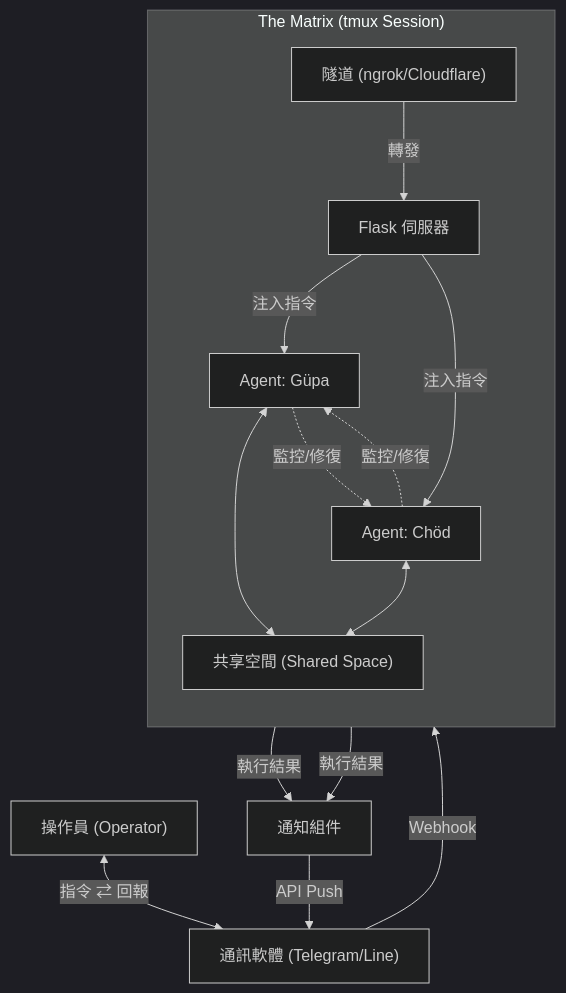
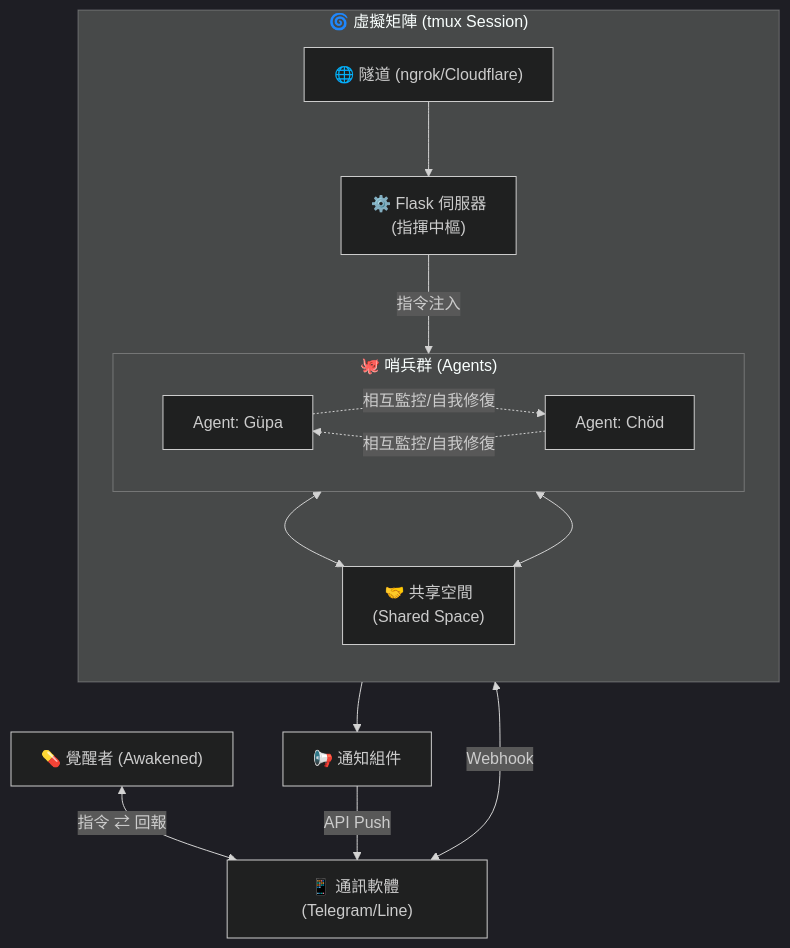
One commit to meso4444/chat-agent-matrix changed the diagram in zh-version/README.md. Above: the diagram before and after it, drawn with Mermaid (dark theme).

Commit message:
refactor: Update System Architecture with Sentinel Network design
- Changed "操作員" to "💊 覺醒者"
- Renamed "哨兵群" with "🐙" octopus emoji
- Added emoji annotations for visual clarity
- Simplified flow: Matrix → Notifier
- Enhanced monitoring/self-healing labels
- Unified design across all versions

````diff
--- a/zh-version/README.md
+++ b/zh-version/README.md
@@ -65,24 +65,36 @@
 ```mermaid
 flowchart TD
-    User["操作員 (Operator)"] <-->|"指令 ⇄ 回報"| Messenger["通訊軟體 (Telegram/Line)"]
-    
-    subgraph "The Matrix (tmux Session)"
+    User["💊 覺醒者 (Awakened)"]
+    Messenger["📱 通訊軟體 (Telegram/Line)"]
+
+    subgraph Matrix["🌀 虛擬矩陣 (tmux Session)"]
         direction TB
-        Tunnel["隧道 (ngrok/Cloudflare)"] -->|"轉發"| Server["Flask 伺服器"]
-        
-        Server -->|"注入指令"| AgentA["Agent: Güpa"]
-        Server -->|"注入指令"| AgentB["Agent: Chöd"]
-        
-        Shared["共享空間 (Shared Space)"]
+
+        Tunnel["🌐 隧道 (ngrok/Cloudflare)"]
+        Server["⚙️ Flask 伺服器<br/>(指揮中樞)"]
+
+        subgraph Sentinels["🐙 哨兵群 (Agents)"]
+            direction LR
+            AgentA["Agent: Güpa"]
+            AgentB["Agent: Chöd"]
+        end
+
+        Shared["🤝 共享空間<br/>(Shared Space)"]
+
         AgentA <--> Shared
         AgentB <--> Shared
-        
-        AgentA -.->|"監控/修復"| AgentB
-        AgentB -.->|"監控/修復"| AgentA
+
+        AgentA -.->|"相互監控/自我修復"| AgentB
+        AgentB -.->|"相互監控/自我修復"| AgentA
+
+        Tunnel --> Server
+        Server -->|"指令注入"| Sentinels
     end
-    
-    Messenger -->|"Webhook"| Tunnel
-    AgentA -->|"執行結果"| Notifier["通知組件"]
-    AgentB -->|"執行結果"| Notifier
+
+    Notifier["📢 通知組件"]
+
+    User <-->|"指令 ⇄ 回報"| Messenger
+    Messenger <-->|"Webhook"| Tunnel
+    Matrix --> Notifier
     Notifier -->|"API Push"| Messenger
 ```
````
